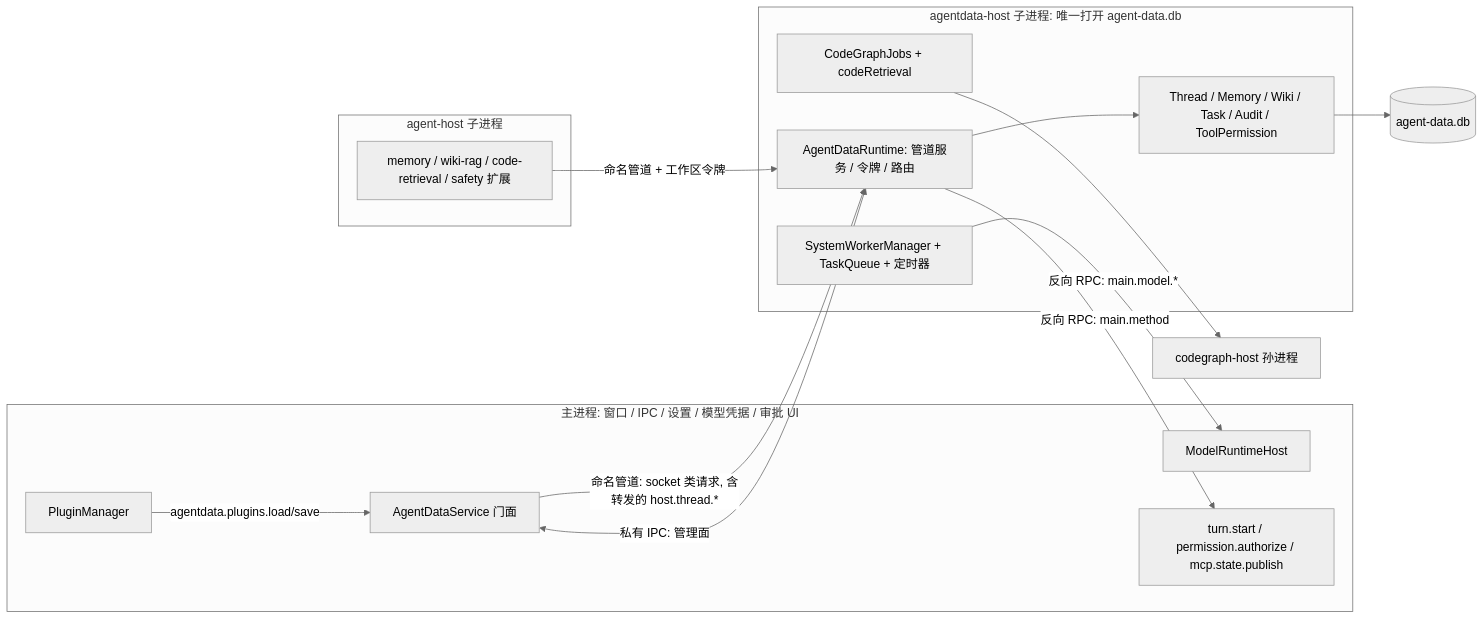
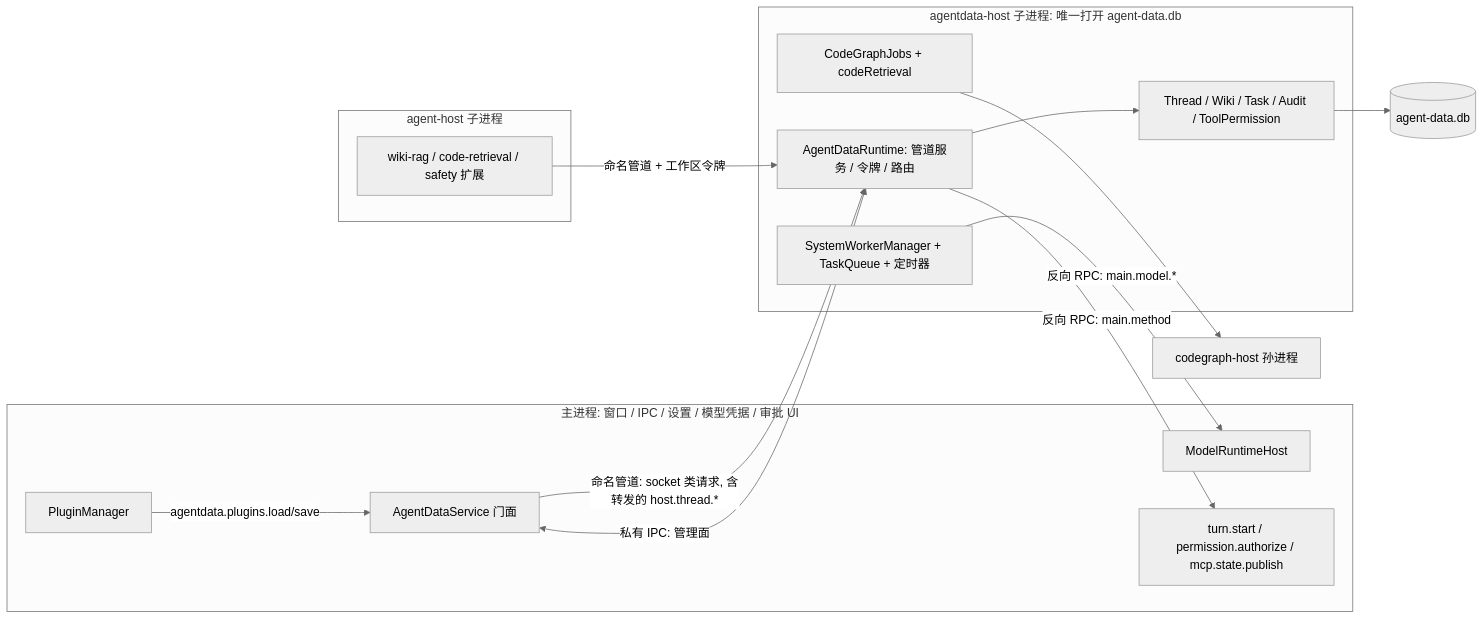
Before and after one commit to GrenAnHao/GrenAgent: the diagram in .agents/notes/implemented/architecture/2026-10-16-agentdata-host-process.md, drawn with Mermaid (neutral theme). The commit also changed other lines of this file and 1503 other files, not shown here.

````diff
--- a/.agents/notes/implemented/architecture/2026-10-16-agentdata-host-process.md
+++ b/.agents/notes/implemented/architecture/2026-10-16-agentdata-host-process.md
@@ -34,28 +36,28 @@
 ```mermaid
 flowchart LR
   subgraph MAIN["主进程: 窗口 / IPC / 设置 / 模型凭据 / 审批 UI"]
     FA["AgentDataService 门面"]
     PM["PluginManager"]
     MR["ModelRuntimeHost"]
     MM["turn.start / permission.authorize / mcp.state.publish"]
   end
   subgraph ADH["agentdata-host 子进程: 唯一打开 agent-data.db"]
     RT["AgentDataRuntime: 管道服务 / 令牌 / 路由"]
-    ST["Thread / Memory / Wiki / Task / Audit / ToolPermission"]
+    ST["Thread / Wiki / Task / Audit / ToolPermission"]
     SW["SystemWorkerManager + TaskQueue + 定时器"]
     CJ["CodeGraphJobs + codeRetrieval"]
   end
   subgraph AH["agent-host 子进程"]
-    EX["memory / wiki-rag / code-retrieval / safety 扩展"]
+    EX["wiki-rag / code-retrieval / safety 扩展"]
   end
   CGH["codegraph-host 孙进程"]
   DB[("agent-data.db")]
   FA -->|"命名管道: socket 类请求, 含转发的 host.thread.*"| RT
   FA <-->|"私有 IPC: 管理面"| RT
   EX -->|"命名管道 + 工作区令牌"| RT
   RT --> ST --> DB
   SW -->|"反向 RPC: main.model.*"| MR
   RT -->|"反向 RPC: main.method"| MM
   PM -->|"agentdata.plugins.load/save"| FA
   CJ --> CGH
 ```
````
